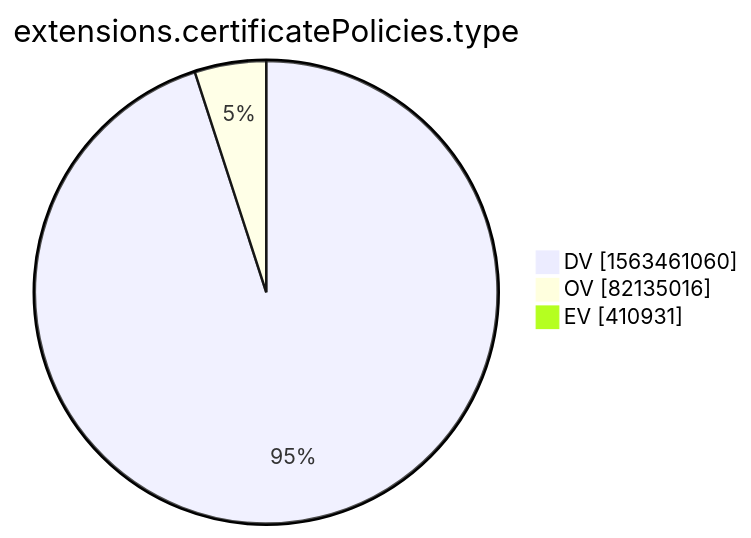
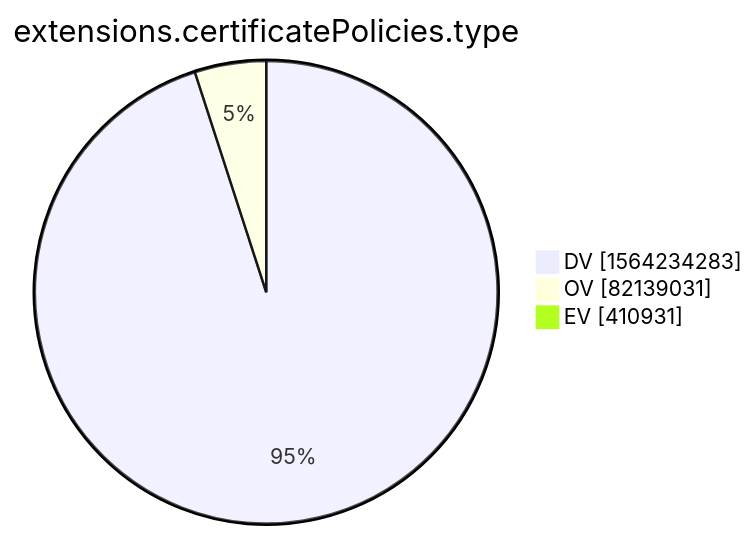
The tenth of 15 diagrams in xenon2022/README.md (christiankrug/ctmonitor_visualization), drawn with Mermaid before and after one commit. The commit also changed other lines of this file, not shown here.

````diff
--- a/xenon2022/README.md
+++ b/xenon2022/README.md
@@ -2876,7 +2876,7 @@
 ```mermaid
 pie showData
 title extensions.certificatePolicies.type
-"DV" :1563461060
-"OV" :82135016
+"DV" :1564234283
+"OV" :82139031
 "EV" :410931
 ```
````
